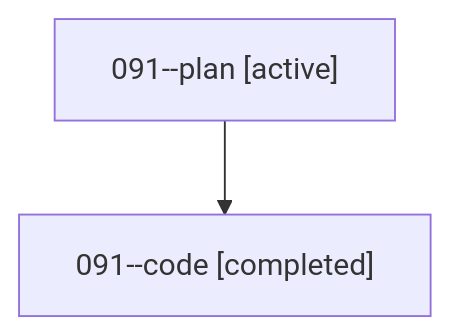
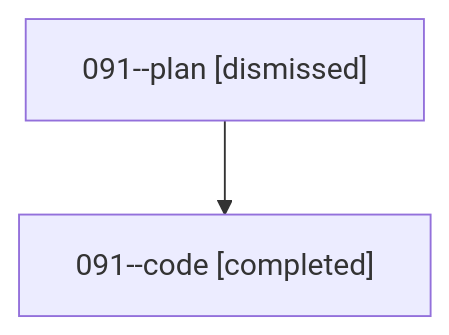
The diagram in sessions/bbugyi200.athena.091.md (bobs-org/bob-cli--agents), drawn with Mermaid before and after one commit. The commit also changed other lines of this file and 28 other files, not shown here.

````diff
--- a/sessions/bbugyi200.athena.091.md
+++ b/sessions/bbugyi200.athena.091.md
@@ -9,6 +9,6 @@
 ```mermaid
 flowchart TD
-  n0["091--plan [active]"]
+  n0["091--plan [dismissed]"]
   n1["091--code [completed]"]
   n0 --> n1
 ```
````
